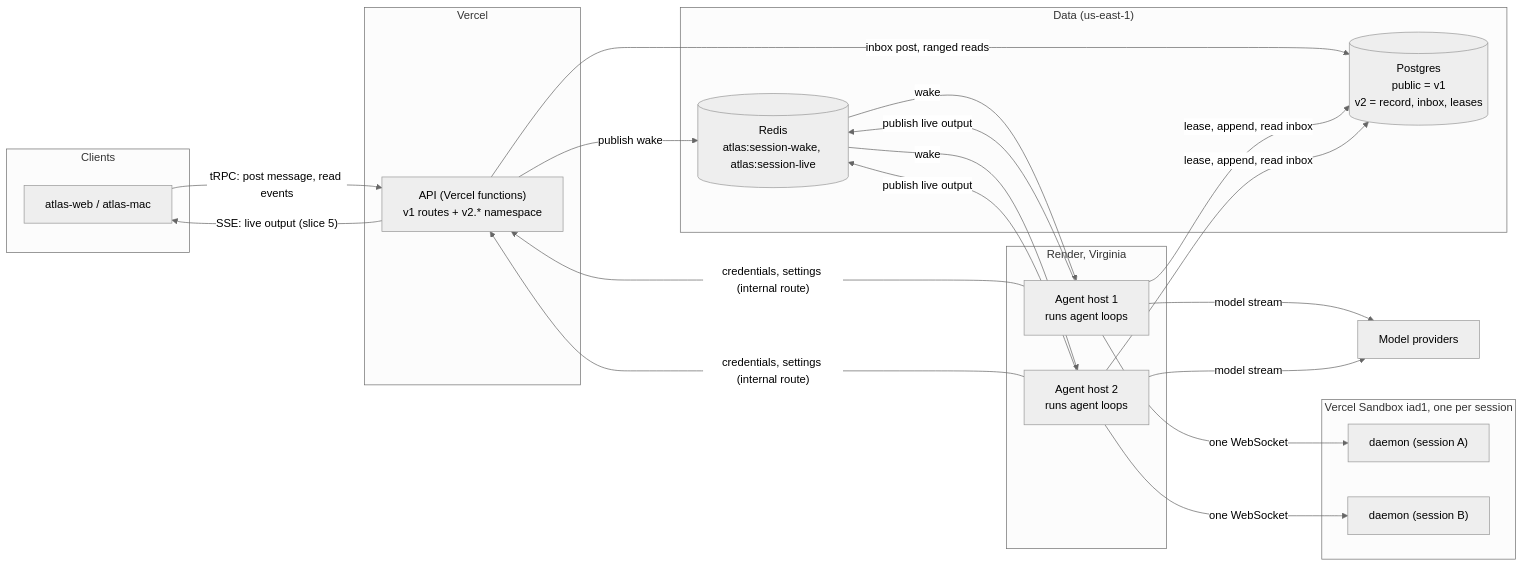
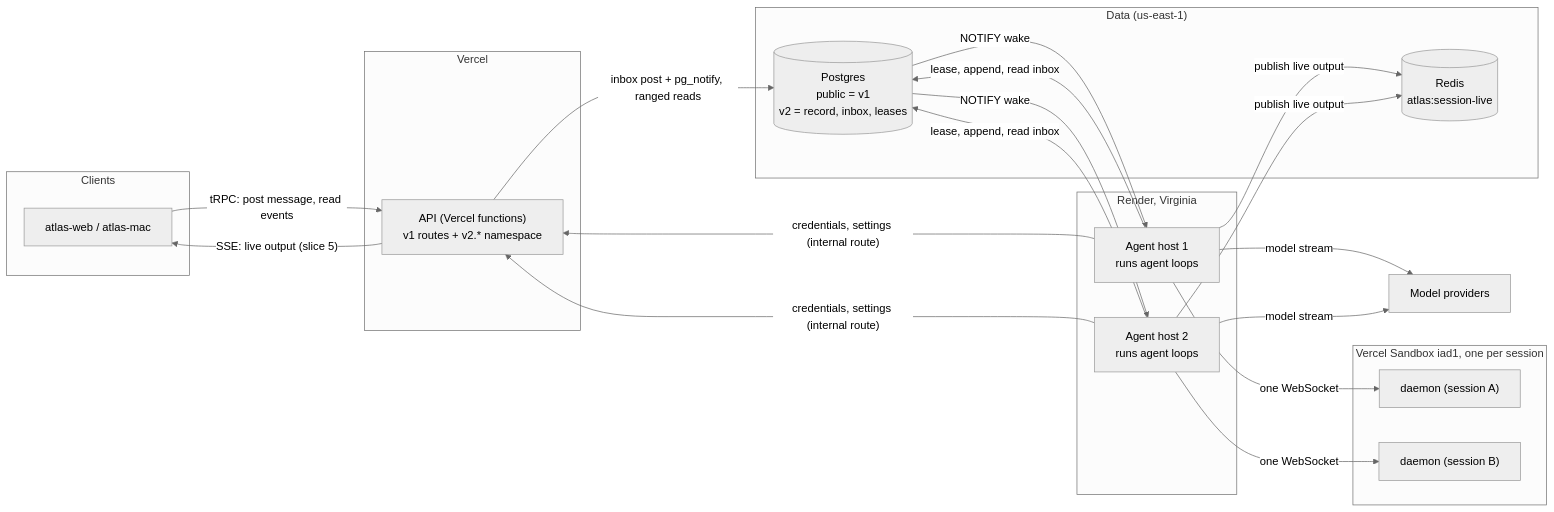
Before and after one commit to dennisofficial/atlas: the first of 3 diagrams in docs/v2/slices/03-agent-host.md, drawn with Mermaid (neutral theme). The commit also changed other lines of this file and 6 other files, not shown here.

````diff
--- a/docs/v2/slices/03-agent-host.md
+++ b/docs/v2/slices/03-agent-host.md
@@ -93,34 +105,33 @@
 ```mermaid
 flowchart LR
   subgraph Clients
     C["atlas-web / atlas-mac"]
   end
   subgraph Vercel
     API["API (Vercel functions)<br/>v1 routes + v2.* namespace"]
   end
   subgraph Data["Data (us-east-1)"]
     PG[("Postgres<br/>public = v1<br/>v2 = record, inbox, leases")]
-    R[("Redis<br/>atlas:session-wake, atlas:session-live")]
+    R[("Redis<br/>atlas:session-live")]
   end
   subgraph Render["Render, Virginia"]
     W1["Agent host 1<br/>runs agent loops"]
     W2["Agent host 2<br/>runs agent loops"]
   end
   subgraph Sandboxes["Vercel Sandbox iad1, one per session"]
     D1["daemon (session A)"]
     D2["daemon (session B)"]
   end
   LLM["Model providers"]
 
   C -- "tRPC: post message, read events" --> API
   API -- "SSE: live output (slice 5)" --> C
-  API -- "inbox post, ranged reads" --> PG
-  API -- "publish wake" --> R
-  R -- "wake" --> W1 & W2
+  API -- "inbox post + pg_notify, ranged reads" --> PG
+  PG -- "NOTIFY wake" --> W1 & W2
   W1 & W2 -- "publish live output" --> R
   W1 & W2 -- "lease, append, read inbox" --> PG
   W1 & W2 -- "credentials, settings (internal route)" --> API
   W1 & W2 -- "model stream" --> LLM
   W1 -- "one WebSocket" --> D1
   W2 -- "one WebSocket" --> D2
 ```
````
